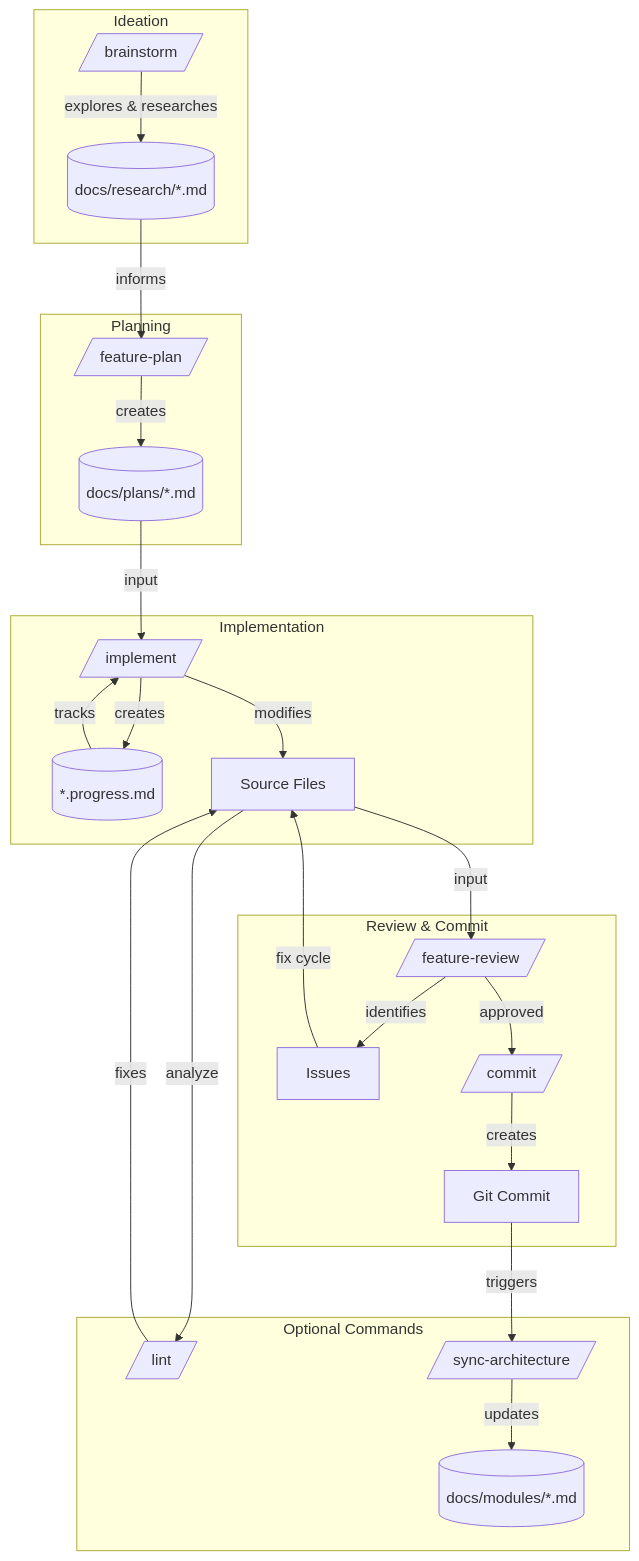
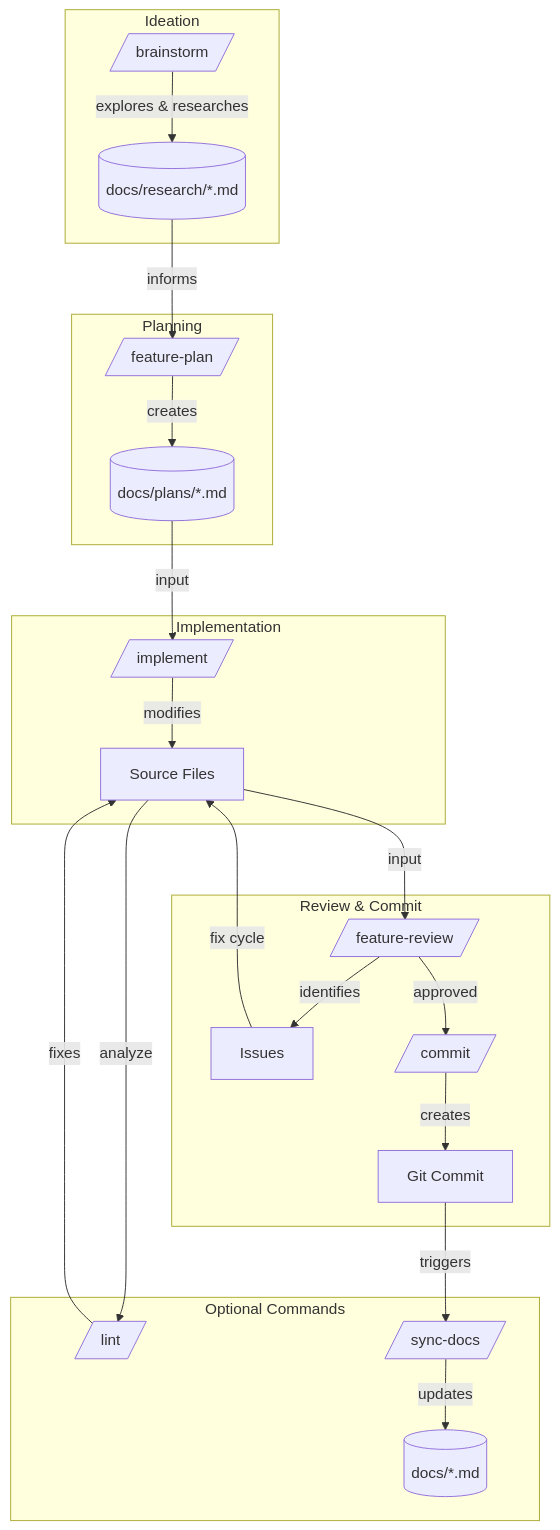
The diagram in docs/workflow.md (EvanLavender13/audio-jones), drawn with Mermaid before and after one commit. The commit also changed other lines of this file, not shown here.

Commit message:
Update workflow.md for wave-based implement and sync-docs rename

````diff
--- a/docs/workflow.md
+++ b/docs/workflow.md
@@ -7,39 +7,37 @@
 ```mermaid
 flowchart TD
     subgraph Ideation[Ideation]
         BS[/brainstorm/] -->|explores & researches| ResearchDoc[(docs/research/*.md)]
     end
 
     subgraph Plan[Planning]
         ResearchDoc -->|informs| FP[/feature-plan/]
         FP -->|creates| PlanDoc[(docs/plans/*.md)]
     end
 
     subgraph Implement[Implementation]
         PlanDoc -->|input| IMP[/implement/]
-        IMP -->|creates| Progress[(*.progress.md)]
         IMP -->|modifies| Code[Source Files]
-        Progress -->|tracks| IMP
     end
 
     subgraph Review[Review & Commit]
         Code -->|input| FR[/feature-review/]
         FR -->|identifies| Issues[Issues]
         Issues -->|fix cycle| Code
         FR -->|approved| COM[/commit/]
         COM -->|creates| Commit[Git Commit]
     end
 
     subgraph Optional[Optional Commands]
         Code -->|analyze| LINT[/lint/]
         LINT -->|fixes| Code
-        Commit -->|triggers| SYNC[/sync-architecture/]
-        SYNC -->|updates| Docs[(docs/modules/*.md)]
+        Commit -->|triggers| SYNC[/sync-docs/]
+        SYNC -->|updates| Docs[(docs/*.md)]
     end
 
 %% Legend:
 %% [/command/] slash command
 %% [(file)] document or file
 %% [name] code artifact
 %% → action (label describes relationship)
 ```
````
